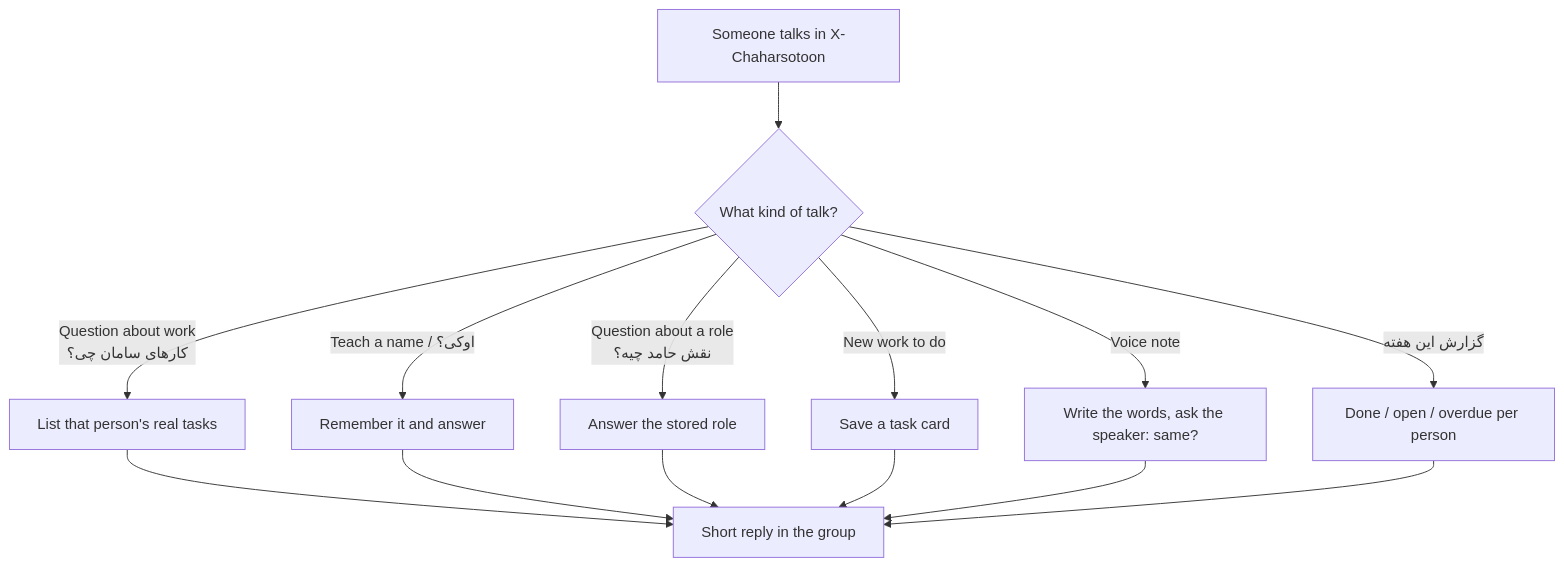
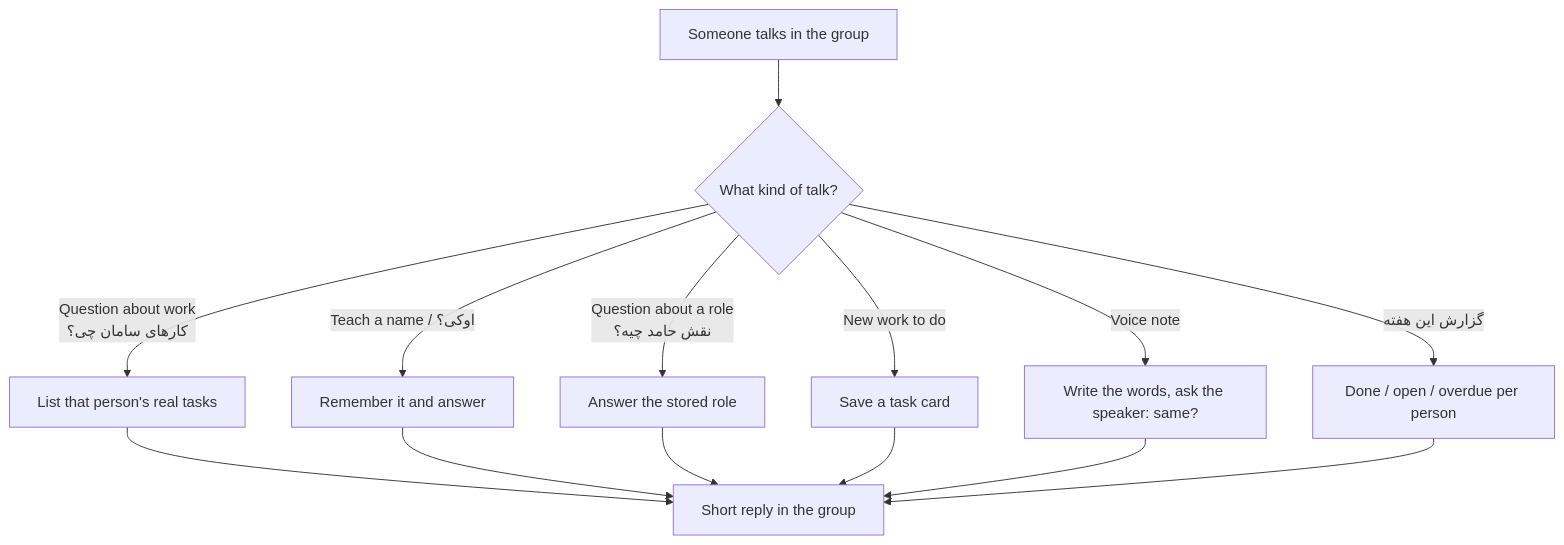
Before and after one commit to kvmmn/charbot: the diagram in docs/FOR-MANAGERS.md, drawn with Mermaid. The commit also changed other lines of this file and 38 other files, not shown here.

````diff
--- a/docs/FOR-MANAGERS.md
+++ b/docs/FOR-MANAGERS.md
@@ -13,16 +13,16 @@
 ```mermaid
 flowchart TD
-  A[Someone talks in X-Chaharsotoon] --> B{What kind of talk?}
+  A[Someone talks in the group] --> B{What kind of talk?}
   B -->|Question about work<br/>کارهای سامان چی؟| C[List that person's real tasks]
   B -->|Question about a role<br/>نقش حامد چیه؟| D[Answer the stored role]
   B -->|New work to do| E[Save a task card]
   B -->|Voice note| F[Write the words, ask the speaker: same?]
   B -->|Teach a name / اوکی؟| L[Remember it and answer]
   B -->|گزارش این هفته| G[Done / open / overdue per person]
   C --> H[Short reply in the group]
   L --> H
   D --> H
   E --> H
   F --> H
   G --> H
 ```
````
